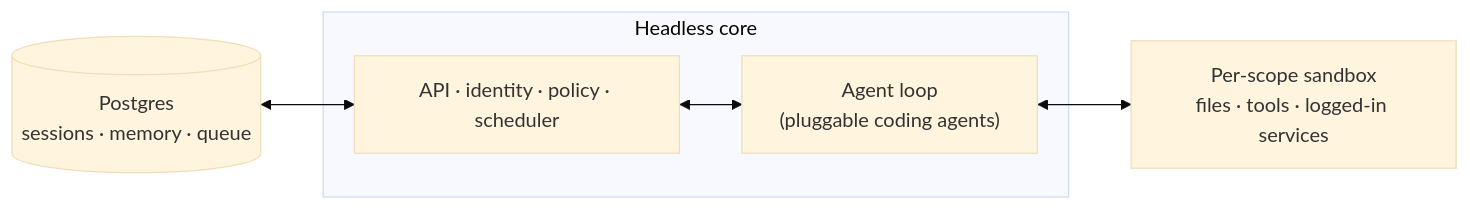
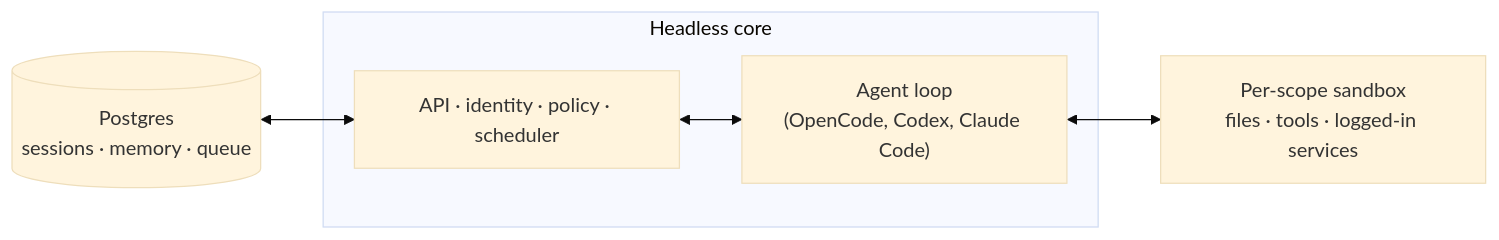
One commit to impreetentious/desk-mate changed the diagram in README.md. Above: the diagram before and after it, drawn with Mermaid (base theme). The commit also changed other lines of this file and 8 other files, not shown here.

````diff
--- a/README.md
+++ b/README.md
@@ -44,15 +44,15 @@
 ```mermaid
 flowchart LR
   DB[("Postgres<br/>sessions · memory · queue")]
 
   subgraph CORE["Headless core"]
     API["API · identity · policy · scheduler"]
-    LOOP["Agent loop<br/>(pluggable coding agents)"]
+    LOOP["Agent loop<br/>(OpenCode, Codex, Claude Code)"]
     API <--> LOOP
   end
 
   SBX["Per-scope sandbox<br/>files · tools · logged-in services"]
 
   DB <--> API
   LOOP <--> SBX
 ```
````
